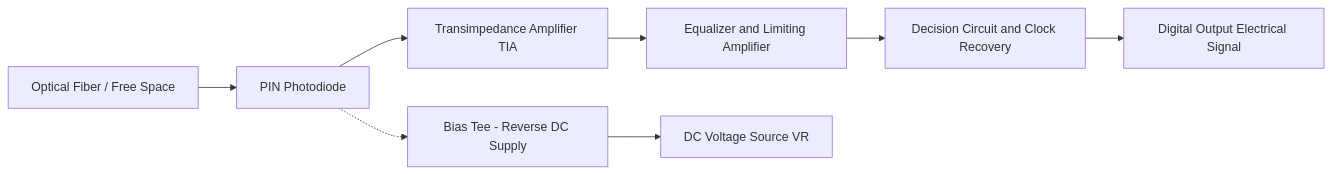
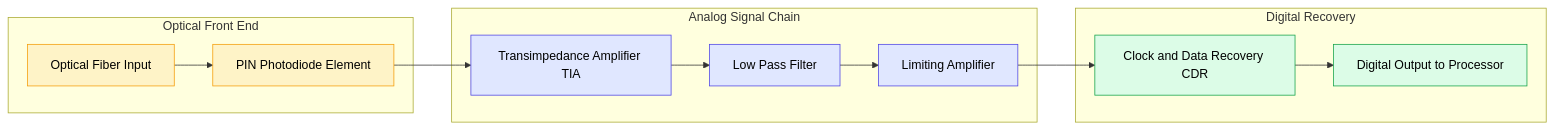
The fifth of 5 diagrams in public/notes/computer-science-and-engineering/semester-1/gapht121-physics-for-information-science/04-module-4-semiconductor-devices/photonic-devices-qualitative-treatment-only-photo-detectors-junction-and-pin-photodiodes/notes.md (vishnuu-kr/ktunode), drawn with Mermaid before and after one commit. The commit also changed other lines of this file and 4829 other files, not shown here.

````diff
--- a/public/notes/computer-science-and-engineering/semester-1/gapht121-physics-for-information-science/04-module-4-semiconductor-devices/photonic-devices-qualitative-treatment-only-photo-detectors-junction-and-pin-photodiodes/notes.md
+++ b/public/notes/computer-science-and-engineering/semester-1/gapht121-physics-for-information-science/04-module-4-semiconductor-devices/photonic-devices-qualitative-treatment-only-photo-detectors-junction-and-pin-photodiodes/notes.md
@@ -495,10 +467,33 @@
 ```mermaid
 flowchart LR
-    A[Optical Fiber / Free Space] --> B[PIN Photodiode]
+    A[Optical Fiber Input] --> B[PIN Photodiode Element]
     B --> C[Transimpedance Amplifier TIA]
-    C --> D[Equalizer and Limiting Amplifier]
-    D --> E[Decision Circuit and Clock Recovery]
-    E --> F[Digital Output Electrical Signal]
-    B -.-> G[Bias Tee - Reverse DC Supply]
-    G --> H[DC Voltage Source VR]
+    C --> D[Low Pass Filter]
+    D --> E[Limiting Amplifier]
+    E --> F[Clock and Data Recovery CDR]
+    F --> G[Digital Output to Processor]
+
+    subgraph FrontEnd[Optical Front End]
+        A
+        B
+    end
+
+    subgraph Electronics[Analog Signal Chain]
+        C
+        D
+        E
+    end
+
+    subgraph DSP[Digital Recovery]
+        F
+        G
+    end
+
+    classDef optical fill:#fef3c7,stroke:#f59e0b,color:#000000
+    classDef analog fill:#e0e7ff,stroke:#4f46e5,color:#000000
+    classDef digital fill:#dcfce7,stroke:#16a34a,color:#000000
+
+    class A,B optical
+    class C,D,E analog
+    class F,G digital
 ```
````
